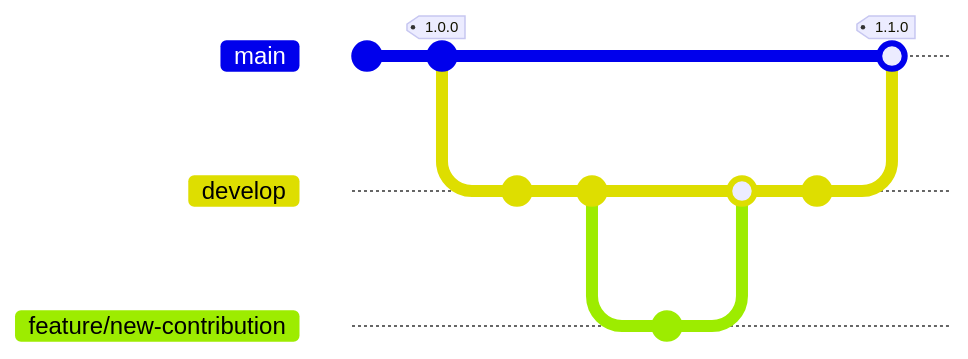
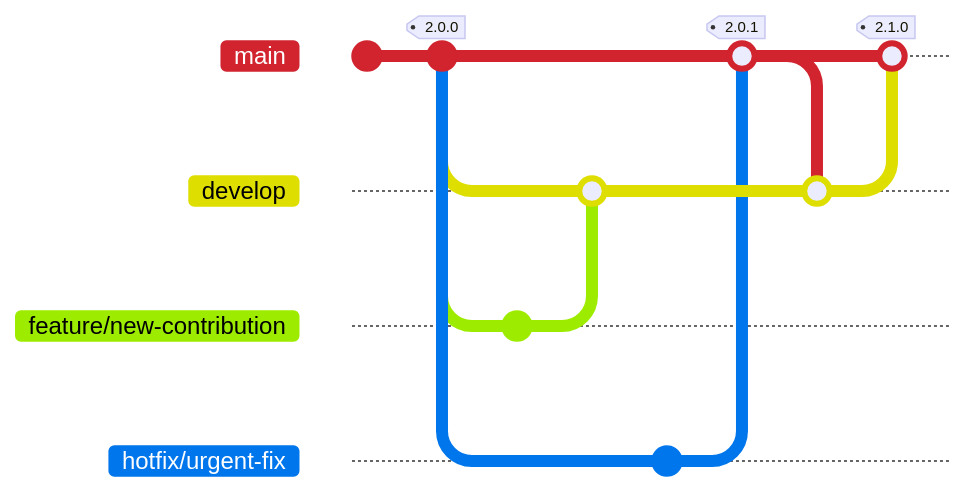
The first of 2 diagrams in CONTRIBUTING.md (pablosnt/rekono), drawn with Mermaid before and after one commit. The commit also changed other lines of this file and 3 other files, not shown here. Commit ids are hidden.

````diff
--- a/CONTRIBUTING.md
+++ b/CONTRIBUTING.md
@@ -8,17 +8,23 @@
 ```mermaid
+%%{init: {"themeVariables": {"git0": "#d1242f"}}}%%
 gitGraph
     commit
-    commit tag: "1.0.0"
+    commit tag: "2.0.0"
     branch develop
     checkout develop
-    commit
-    commit
     branch feature/new-contribution
     checkout feature/new-contribution
     commit
     checkout develop
     merge feature/new-contribution
+    checkout main
+    branch hotfix/urgent-fix
+    checkout hotfix/urgent-fix
     commit
     checkout main
-    merge develop tag: "1.1.0"
+    merge hotfix/urgent-fix tag: "2.0.1"
+    checkout develop
+    merge main
+    checkout main
+    merge develop tag: "2.1.0"
 ```
````
